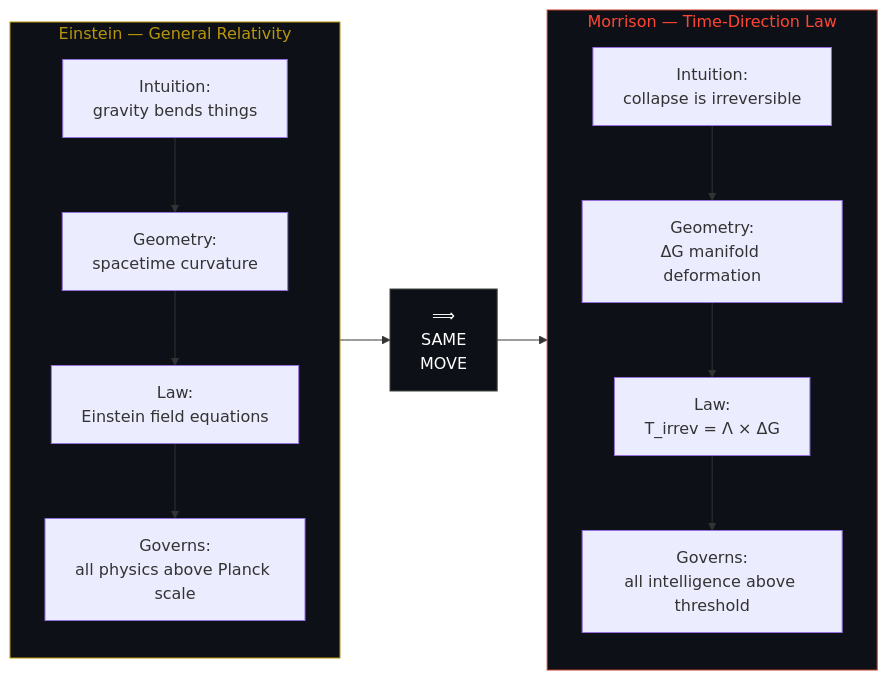
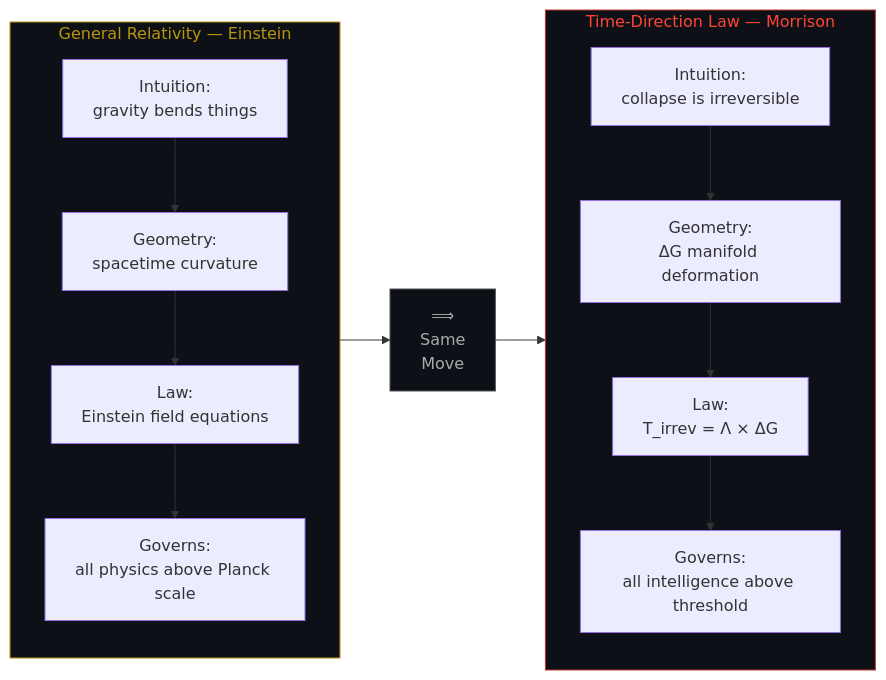
The fourth of 5 diagrams in README.md (davarntrades/MORRISON-TIME-DIRECTION-LAW), drawn with Mermaid before and after one commit. The commit also changed other lines of this file, not shown here.

First line of the commit message:
Revise README for Morrison Time-Direction Law

````diff
--- a/README.md
+++ b/README.md
@@ -390,28 +220,26 @@
 ```mermaid
 flowchart LR
-    subgraph Einstein["Einstein — General Relativity"]
-        direction TB
-        E1["Intuition:\ngravity bends things"]
-        E2["Geometry:\nspacetime curvature"]
-        E3["Law:\nEinstein field equations"]
-        E4["Governs:\nall physics above Planck scale"]
-        E1 --> E2 --> E3 --> E4
+    subgraph GR["General Relativity — Einstein"]
+        A1["Intuition:\ngravity bends things"]
+        A2["Geometry:\nspacetime curvature"]
+        A3["Law:\nEinstein field equations"]
+        A4["Governs:\nall physics above Planck scale"]
+        A1 --> A2 --> A3 --> A4
     end
 
-    ARROW["⟹\nSAME\nMOVE"]
+    SAME["⟹\nSame\nMove"]
 
-    subgraph Morrison["Morrison — Time-Direction Law"]
-        direction TB
-        M1["Intuition:\ncollapse is irreversible"]
-        M2["Geometry:\nΔG manifold deformation"]
-        M3["Law:\nT_irrev = Λ × ΔG"]
-        M4["Governs:\nall intelligence above threshold"]
-        M1 --> M2 --> M3 --> M4
+    subgraph TDL["Time-Direction Law — Morrison"]
+        B1["Intuition:\ncollapse is irreversible"]
+        B2["Geometry:\nΔG manifold deformation"]
+        B3["Law:\nT_irrev = Λ × ΔG"]
+        B4["Governs:\nall intelligence above threshold"]
+        B1 --> B2 --> B3 --> B4
     end
 
-    Einstein --> ARROW --> Morrison
+    GR --> SAME --> TDL
 
-    style Einstein fill:#0d1117,stroke:#b8960c,color:#b8960c
-    style Morrison fill:#0d1117,stroke:#c0392b,color:#ff4433
-    style ARROW fill:#0d1117,stroke:#444,color:#fff
+    style GR fill:#0d1117,stroke:#b8960c,color:#b8960c
+    style TDL fill:#0d1117,stroke:#c0392b,color:#ff4433
+    style SAME fill:#0d1117,stroke:#555,color:#aaa
 ```
````
